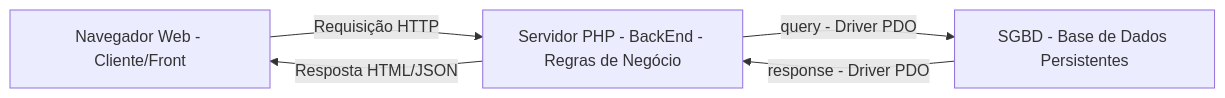
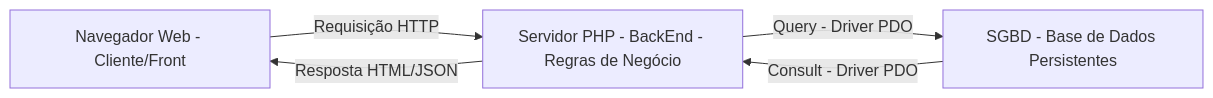
Before and after one commit to hannahalmeida678-lang/back_end: the tenth of 18 diagrams in README.md, drawn with Mermaid. The commit also changed other lines of this file and 14 other files, not shown here.

````diff
--- a/README.md
+++ b/README.md
@@ -1143,11 +1139,11 @@
 ```mermaid
 flowchart LR
     navegador[Navegador Web - Cliente/Front]
     servidor[Servidor PHP - BackEnd - Regras de Negócio]
     banco[SGBD - Base de Dados Persistentes]
 
     navegador --> |"Requisição HTTP"| servidor
-    servidor --> |" query - Driver PDO"| banco
-    banco --> |"response - Driver PDO"| servidor
+    servidor --> |"Query - Driver PDO"| banco
+    banco --> |"Consult - Driver PDO"| servidor
     servidor --> |"Resposta HTML/JSON"| navegador
 ```
````
